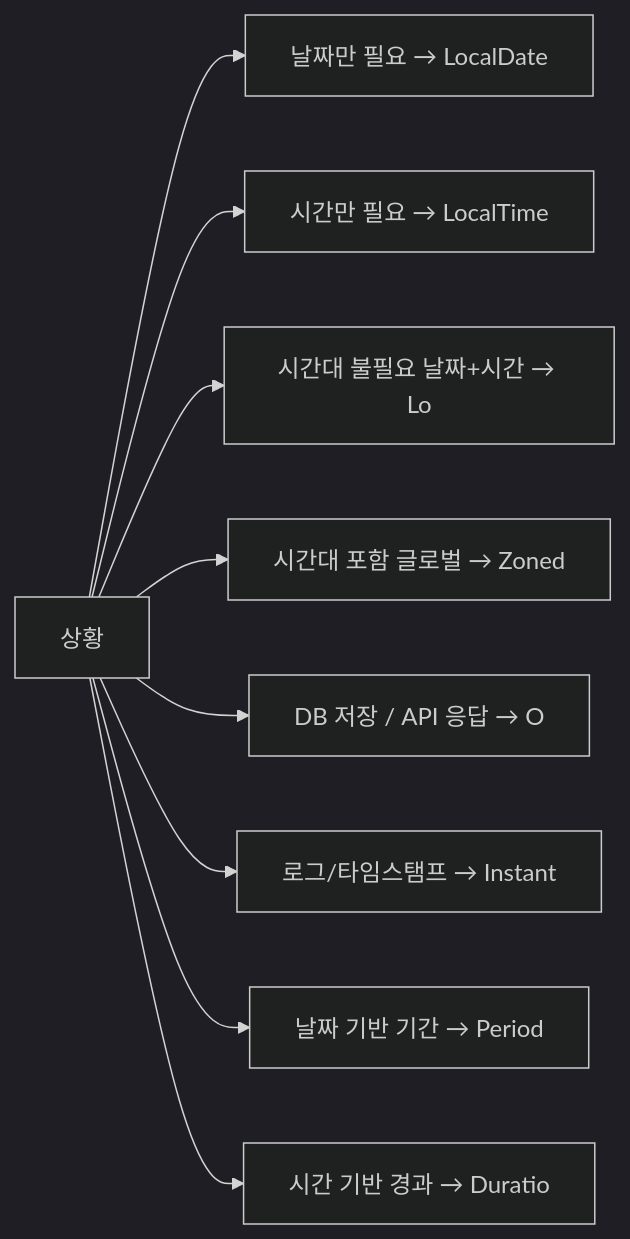
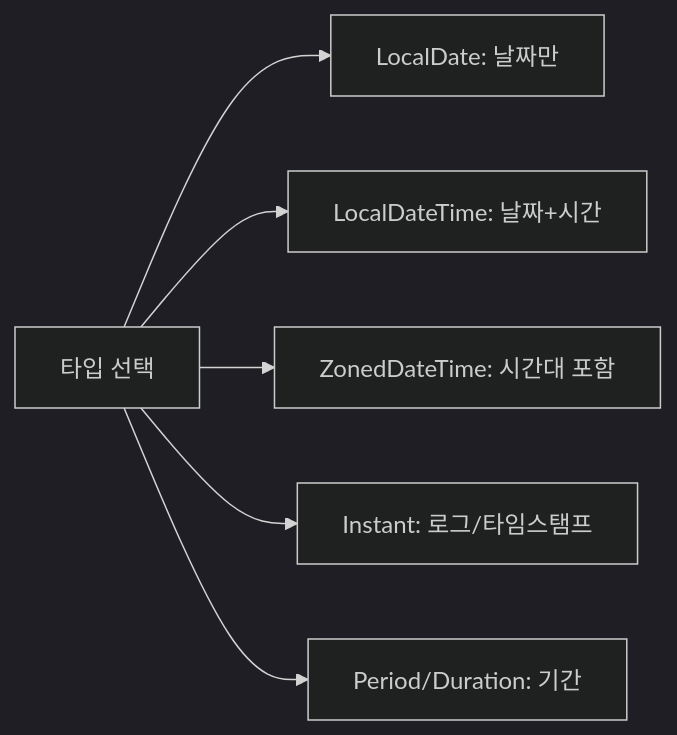
Before and after one commit to yjkim2015/yjkim2015.github.io: the fifth of 5 diagrams in _posts/java/2026-05-01-java-datetime.md, drawn with Mermaid (dark theme). The commit also changed other lines of this file and 163 other files, not shown here.

First line of the commit message:
Mermaid 300개 블록 내용 축소: 5노드 5엣지 이하, 의미 있는 약어

````diff
--- a/_posts/java/2026-05-01-java-datetime.md
+++ b/_posts/java/2026-05-01-java-datetime.md
@@ -690,11 +684,8 @@
 ```mermaid
 graph LR
-    A["상황"] --> B["날짜만 필요 → LocalDate"]
-    A --> C["시간만 필요 → LocalTime"]
-    A --> D["시간대 불필요 날짜+시간 → Lo"]
-    A --> E["시간대 포함 글로벌 → Zoned"]
-    A --> F["DB 저장 / API 응답 → O"]
-    A --> G["로그/타임스탬프 → Instant"]
-    A --> H["날짜 기반 기간 → Period"]
-    A --> I["시간 기반 경과 → Duratio"]
+    A["타입 선택"] --> B["LocalDate: 날짜만"]
+    A --> C["LocalDateTime: 날짜+시간"]
+    A --> D["ZonedDateTime: 시간대 포함"]
+    A --> E["Instant: 로그/타임스탬프"]
+    A --> F["Period/Duration: 기간"]
 ```
````
